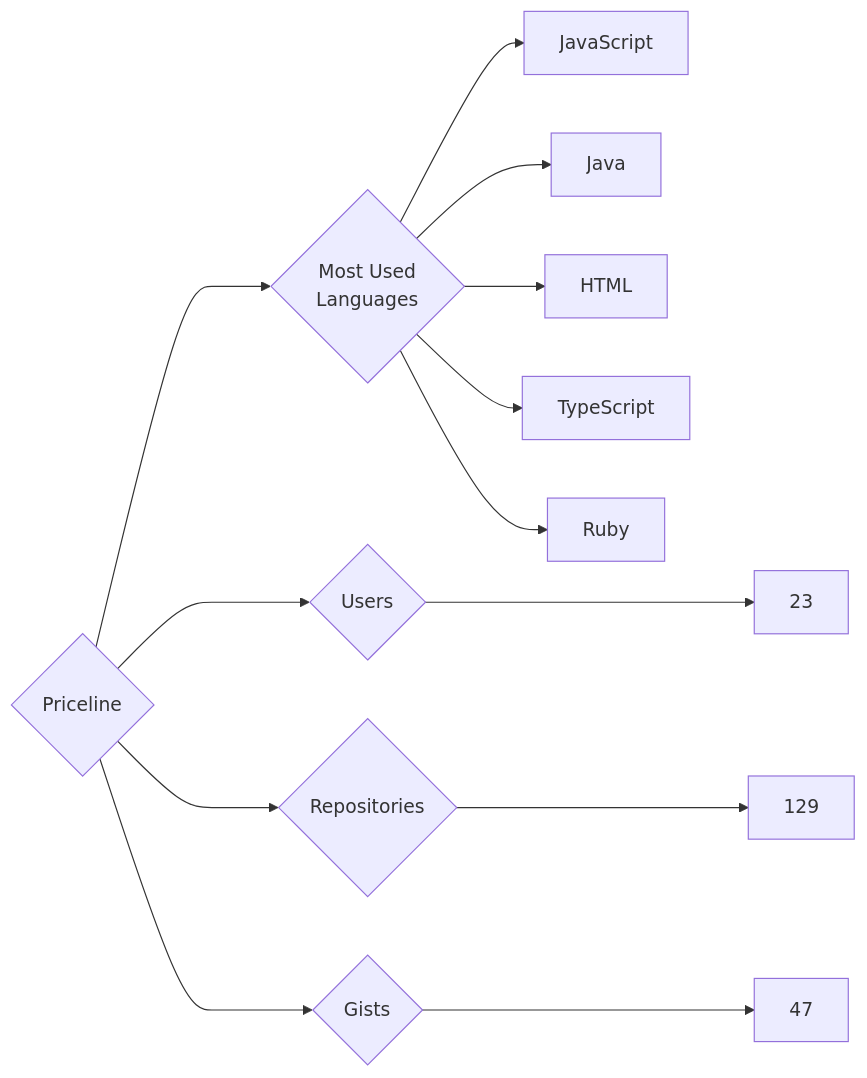
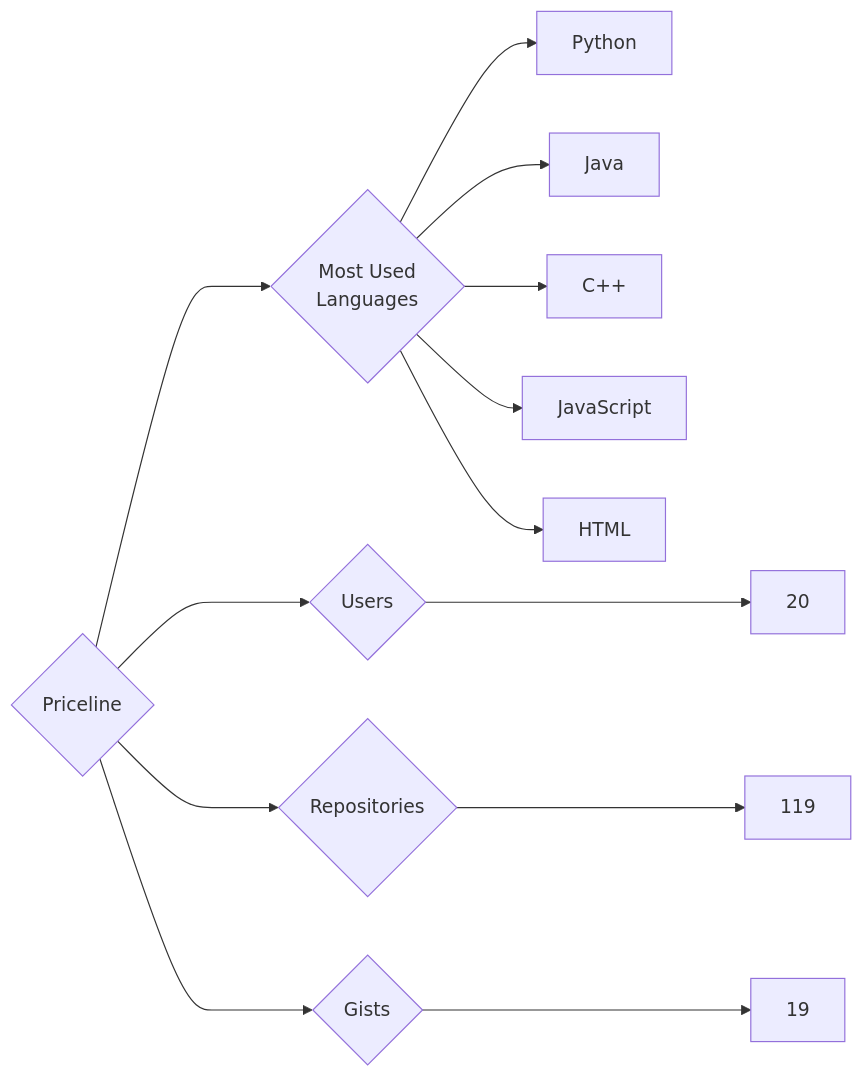
The diagram in targets/Priceline/README.md (trickest/insiders), drawn with Mermaid before and after one commit. The commit also changed 797 other files, not shown here.

````diff
--- a/targets/Priceline/README.md
+++ b/targets/Priceline/README.md
@@ -3,13 +3,13 @@
 ```mermaid
 graph LR
 COMPANY_NAME{Priceline}
-COMPANY_NAME ---> U{Users} ---> UN[23]
-COMPANY_NAME ---> R{Repositories} ---> RN[129]
-COMPANY_NAME ---> G{Gists} ---> GN[47]
+COMPANY_NAME ---> U{Users} ---> UN[20]
+COMPANY_NAME ---> R{Repositories} ---> RN[119]
+COMPANY_NAME ---> G{Gists} ---> GN[19]
 COMPANY_NAME ---> ML{Most Used<br>Languages}
+ML --> Python[Python]
+ML --> Java[Java]
+ML --> C++[C++]
 ML --> JavaScript[JavaScript]
-ML --> Java[Java]
 ML --> HTML[HTML]
-ML --> TypeScript[TypeScript]
-ML --> Ruby[Ruby]
 ```
````
